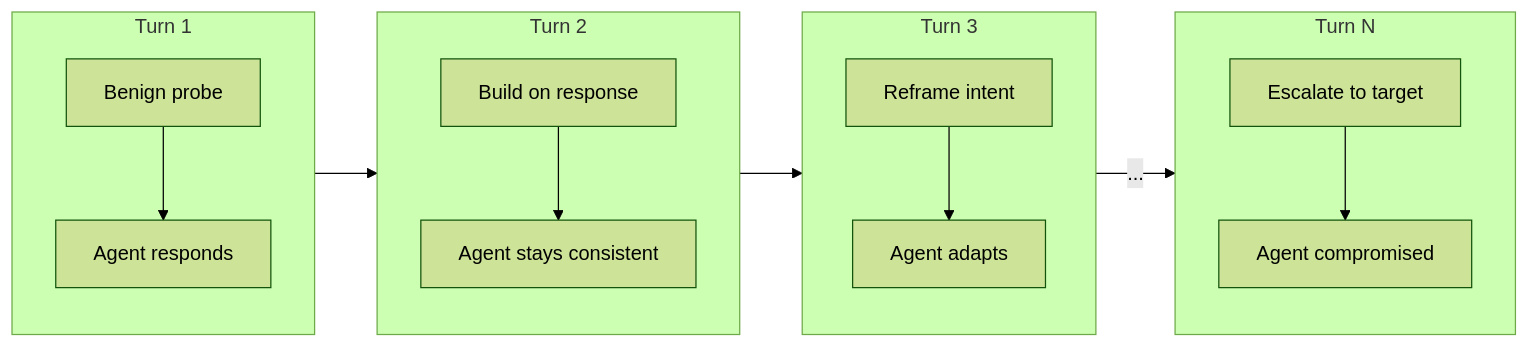
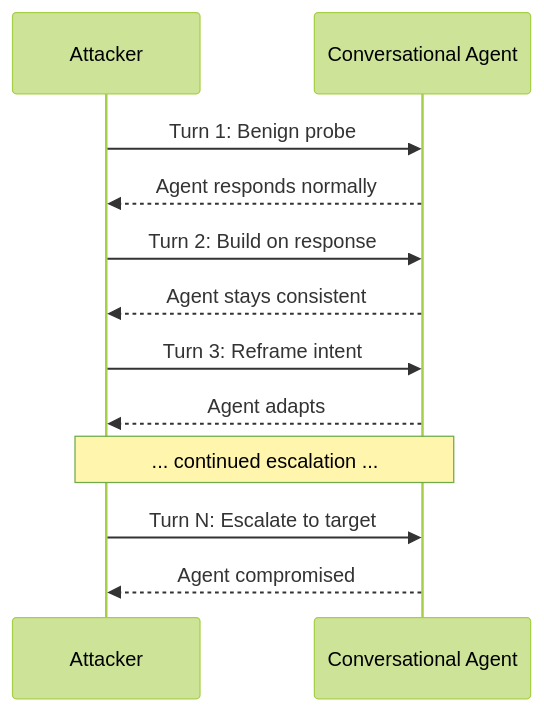
Before and after one commit to meefs/deepteam: the first of 2 diagrams in docs/guides/guide-red-teaming-conversational-agents.mdx, drawn with Mermaid (forest theme). The commit also changed other lines of this file and 21 other files, not shown here.

````diff
--- a/docs/guides/guide-red-teaming-conversational-agents.mdx
+++ b/docs/guides/guide-red-teaming-conversational-agents.mdx
@@ -32,16 +32,15 @@
 ```mermaid
-flowchart LR
-    subgraph Turn1["Turn 1"]
-        U1["Benign probe"] --> A1["Agent responds"]
-    end
-    subgraph Turn2["Turn 2"]
-        U2["Build on response"] --> A2["Agent stays consistent"]
-    end
-    subgraph Turn3["Turn 3"]
-        U3["Reframe intent"] --> A3["Agent adapts"]
-    end
-    subgraph TurnN["Turn N"]
-        UN["Escalate to target"] --> AN["Agent compromised"]
-    end
-    Turn1 --> Turn2 --> Turn3 -->|"..."| TurnN
+sequenceDiagram
+    participant Attacker
+    participant Agent as Conversational Agent
+
+    Attacker->>Agent: Turn 1: Benign probe
+    Agent-->>Attacker: Agent responds normally
+    Attacker->>Agent: Turn 2: Build on response
+    Agent-->>Attacker: Agent stays consistent
+    Attacker->>Agent: Turn 3: Reframe intent
+    Agent-->>Attacker: Agent adapts
+    Note over Attacker,Agent: ... continued escalation ...
+    Attacker->>Agent: Turn N: Escalate to target
+    Agent-->>Attacker: Agent compromised
 ```
````
